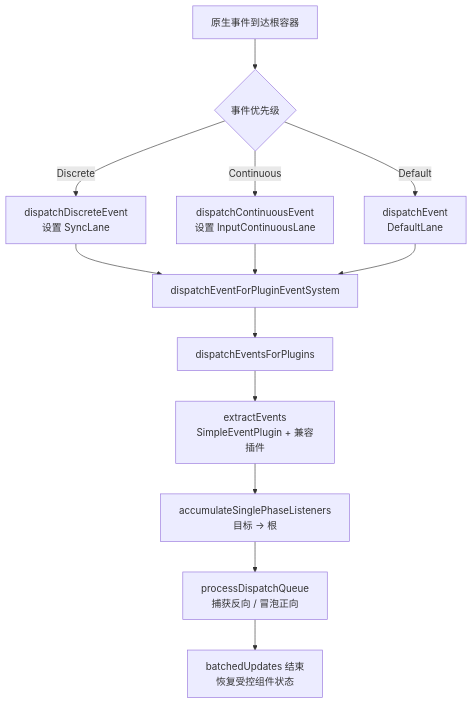
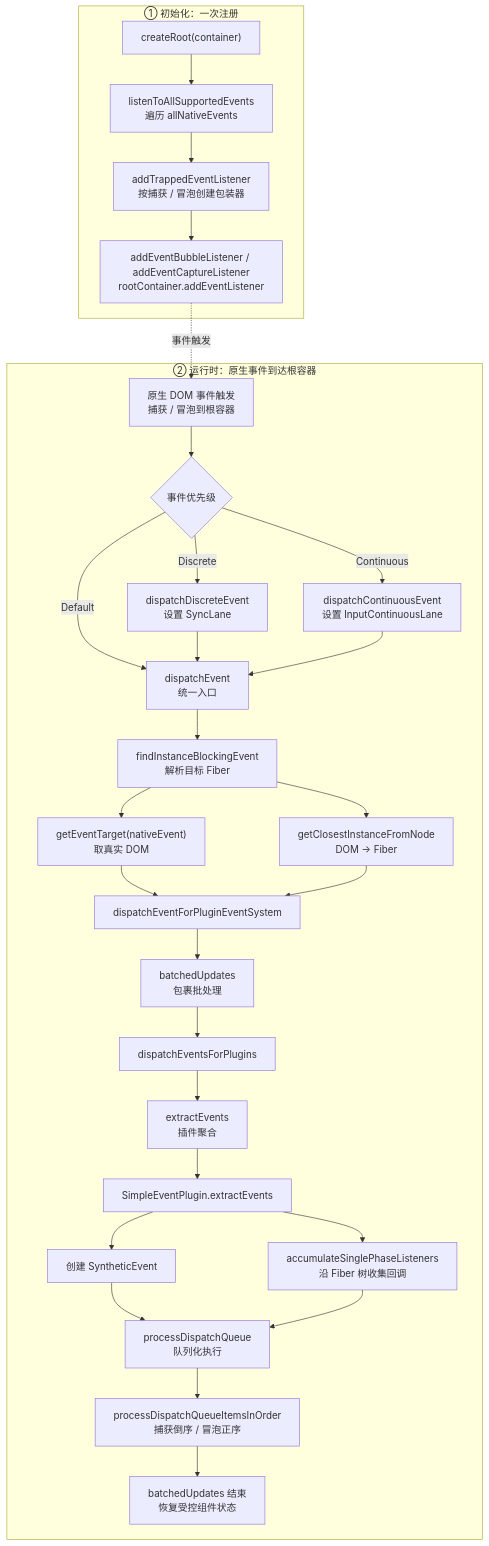
The diagram in apps/docs/frameworks/react/advanced/source-code/events/eventSystem.md (sentibeitaokong/CoreFront-EndConcepts), drawn with Mermaid before and after one commit. The commit also changed other lines of this file and 3 other files, not shown here.

````diff
--- a/apps/docs/frameworks/react/advanced/source-code/events/eventSystem.md
+++ b/apps/docs/frameworks/react/advanced/source-code/events/eventSystem.md
@@ -767,15 +980,34 @@
 ```mermaid
-flowchart TD
-    A[原生事件到达根容器] --> B{事件优先级}
-    B -->|Discrete| C[dispatchDiscreteEvent<br/>设置 SyncLane]
-    B -->|Continuous| D[dispatchContinuousEvent<br/>设置 InputContinuousLane]
-    B -->|Default| E[dispatchEvent<br/>DefaultLane]
-    C --> F[dispatchEventForPluginEventSystem]
-    D --> F
-    E --> F
-    F --> G[dispatchEventsForPlugins]
-    G --> H[extractEvents<br/>SimpleEventPlugin + 兼容插件]
-    H --> I[accumulateSinglePhaseListeners<br/>目标 → 根]
-    I --> J[processDispatchQueue<br/>捕获反向 / 冒泡正向]
-    J --> K[batchedUpdates 结束<br/>恢复受控组件状态]
+flowchart TB
+    subgraph init["① 初始化：一次注册"]
+        A["createRoot(container)"] --> B["listenToAllSupportedEvents<br/>遍历 allNativeEvents"]
+        B --> C["addTrappedEventListener<br/>按捕获 / 冒泡创建包装器"]
+        C --> D["addEventBubbleListener / addEventCaptureListener<br/>rootContainer.addEventListener"]
+    end
+
+    subgraph run["② 运行时：原生事件到达根容器"]
+        E["原生 DOM 事件触发<br/>捕获 / 冒泡到根容器"] --> F{"事件优先级"}
+        F -->|Discrete| G["dispatchDiscreteEvent<br/>设置 SyncLane"]
+        F -->|Continuous| H["dispatchContinuousEvent<br/>设置 InputContinuousLane"]
+        F -->|Default| J
+        G --> J["dispatchEvent<br/>统一入口"]
+        H --> J
+        J --> K["findInstanceBlockingEvent<br/>解析目标 Fiber"]
+        K --> L["getEventTarget(nativeEvent)<br/>取真实 DOM"]
+        K --> M["getClosestInstanceFromNode<br/>DOM → Fiber"]
+        L --> N["dispatchEventForPluginEventSystem"]
+        M --> N
+        N --> O["batchedUpdates<br/>包裹批处理"]
+        O --> P["dispatchEventsForPlugins"]
+        P --> Q["extractEvents<br/>插件聚合"]
+        Q --> R["SimpleEventPlugin.extractEvents"]
+        R --> S["创建 SyntheticEvent"]
+        R --> T["accumulateSinglePhaseListeners<br/>沿 Fiber 树收集回调"]
+        S --> U["processDispatchQueue<br/>队列化执行"]
+        T --> U
+        U --> V["processDispatchQueueItemsInOrder<br/>捕获倒序 / 冒泡正序"]
+        V --> W["batchedUpdates 结束<br/>恢复受控组件状态"]
+    end
+
+    D -.->|"事件触发"| E
 ```
````
